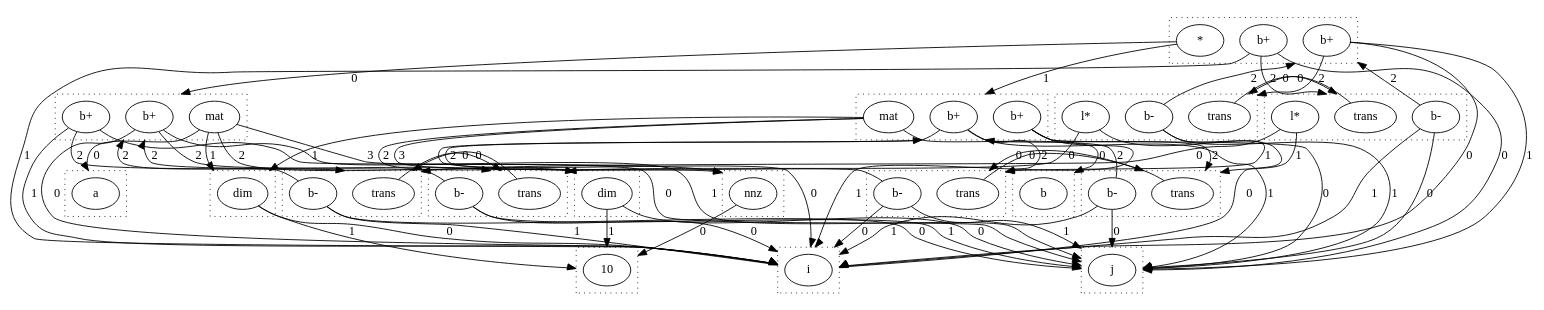
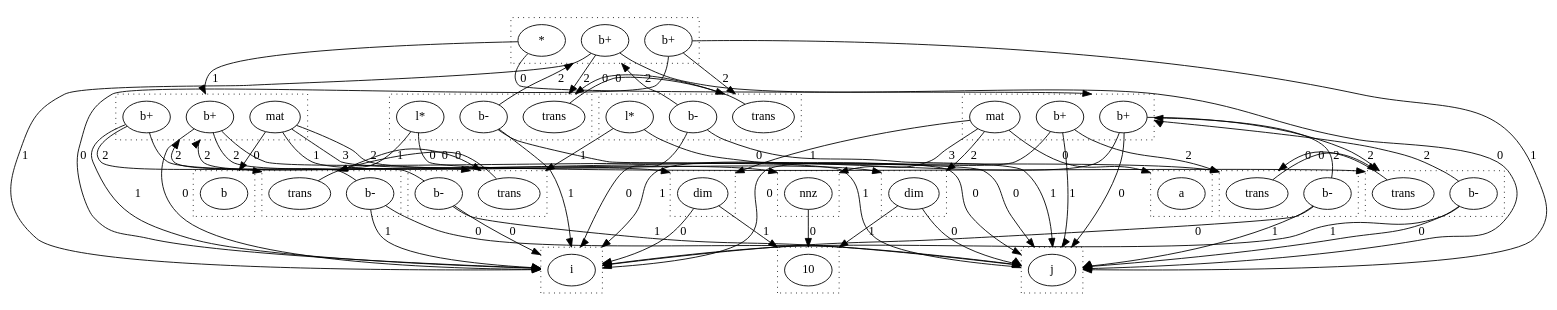
Before and after one commit to wormhole-optimization/warp: the diagram in dots/rabind.dot, drawn with Graphviz. The commit also changed 5 other files, not shown here.

```diff
--- a/dots/rabind.dot
+++ b/dots/rabind.dot
@@ -1,146 +1,146 @@
 digraph {
   compound=true
   subgraph cluster_0 {
     style=dotted
     0.0[label = "a"]
   }
   subgraph cluster_1 {
     style=dotted
     1.0[label = "i"]
   }
   subgraph cluster_2 {
     style=dotted
     2.0[label = "10"]
   }
   subgraph cluster_3 {
     style=dotted
     3.0[label = "dim"]
   }
   subgraph cluster_4 {
     style=dotted
     4.0[label = "j"]
   }
   subgraph cluster_5 {
     style=dotted
     5.0[label = "dim"]
   }
   subgraph cluster_6 {
     style=dotted
     6.0[label = "nnz"]
   }
   subgraph cluster_7 {
     style=dotted
     7.0[label = "b+"]
     7.1[label = "mat"]
     7.2[label = "b+"]
   }
   subgraph cluster_8 {
     style=dotted
     8.0[label = "b"]
   }
   subgraph cluster_9 {
     style=dotted
     9.0[label = "b+"]
     9.1[label = "mat"]
     9.2[label = "b+"]
   }
   subgraph cluster_10 {
     style=dotted
     10.0[label = "b+"]
     10.1[label = "*"]
     10.2[label = "b+"]
   }
   subgraph cluster_11 {
     style=dotted
     11.0[label = "trans"]
     11.1[label = "b-"]
   }
   subgraph cluster_13 {
     style=dotted
     13.0[label = "trans"]
     13.1[label = "b-"]
   }
   subgraph cluster_15 {
     style=dotted
     15.0[label = "trans"]
     15.1[label = "b-"]
   }
   subgraph cluster_17 {
     style=dotted
     17.0[label = "trans"]
     17.1[label = "b-"]
   }
   subgraph cluster_19 {
     style=dotted
     19.0[label = "trans"]
     19.1[label = "b-"]
     19.2[label = "l*"]
   }
   subgraph cluster_21 {
     style=dotted
     21.0[label = "trans"]
     21.1[label = "b-"]
     21.2[label = "l*"]
   }
   3.0 -> 1.0 [lhead = cluster_1, label = 0]
   3.0 -> 2.0 [lhead = cluster_2, label = 1]
   5.0 -> 4.0 [lhead = cluster_4, label = 0]
   5.0 -> 2.0 [lhead = cluster_2, label = 1]
   6.0 -> 2.0 [lhead = cluster_2, label = 0]
-  7.0 -> 1.0 [lhead = cluster_1, label = 0]
-  7.0 -> 4.0 [lhead = cluster_4, label = 1]
+  7.0 -> 4.0 [lhead = cluster_4, label = 0]
+  7.0 -> 1.0 [lhead = cluster_1, label = 1]
   7.0 -> 13.0 [lhead = cluster_13, label = 2]
   7.1 -> 0.0 [lhead = cluster_0, label = 0]
   7.1 -> 3.0 [lhead = cluster_3, label = 1]
   7.1 -> 5.0 [lhead = cluster_5, label = 2]
   7.1 -> 6.0 [lhead = cluster_6, label = 3]
-  7.2 -> 4.0 [lhead = cluster_4, label = 0]
-  7.2 -> 1.0 [lhead = cluster_1, label = 1]
+  7.2 -> 1.0 [lhead = cluster_1, label = 0]
+  7.2 -> 4.0 [lhead = cluster_4, label = 1]
   7.2 -> 11.0 [lhead = cluster_11, label = 2]
   9.0 -> 1.0 [lhead = cluster_1, label = 0]
   9.0 -> 4.0 [lhead = cluster_4, label = 1]
   9.0 -> 17.0 [lhead = cluster_17, label = 2]
   9.1 -> 8.0 [lhead = cluster_8, label = 0]
   9.1 -> 3.0 [lhead = cluster_3, label = 1]
   9.1 -> 5.0 [lhead = cluster_5, label = 2]
   9.1 -> 6.0 [lhead = cluster_6, label = 3]
   9.2 -> 4.0 [lhead = cluster_4, label = 0]
   9.2 -> 1.0 [lhead = cluster_1, label = 1]
   9.2 -> 15.0 [lhead = cluster_15, label = 2]
-  10.0 -> 1.0 [lhead = cluster_1, label = 0]
-  10.0 -> 4.0 [lhead = cluster_4, label = 1]
+  10.0 -> 4.0 [lhead = cluster_4, label = 0]
+  10.0 -> 1.0 [lhead = cluster_1, label = 1]
   10.0 -> 21.0 [lhead = cluster_21, label = 2]
   10.1 -> 7.0 [lhead = cluster_7, label = 0]
   10.1 -> 9.0 [lhead = cluster_9, label = 1]
-  10.2 -> 4.0 [lhead = cluster_4, label = 0]
-  10.2 -> 1.0 [lhead = cluster_1, label = 1]
+  10.2 -> 1.0 [lhead = cluster_1, label = 0]
+  10.2 -> 4.0 [lhead = cluster_4, label = 1]
   10.2 -> 19.0 [lhead = cluster_19, label = 2]
   11.0 -> 13.0 [lhead = cluster_13, label = 0]
-  11.1 -> 4.0 [lhead = cluster_4, label = 0]
-  11.1 -> 1.0 [lhead = cluster_1, label = 1]
+  11.1 -> 1.0 [lhead = cluster_1, label = 0]
+  11.1 -> 4.0 [lhead = cluster_4, label = 1]
   11.1 -> 7.0 [lhead = cluster_7, label = 2]
   13.0 -> 11.0 [lhead = cluster_11, label = 0]
-  13.1 -> 1.0 [lhead = cluster_1, label = 0]
-  13.1 -> 4.0 [lhead = cluster_4, label = 1]
+  13.1 -> 4.0 [lhead = cluster_4, label = 0]
+  13.1 -> 1.0 [lhead = cluster_1, label = 1]
   13.1 -> 7.0 [lhead = cluster_7, label = 2]
   15.0 -> 17.0 [lhead = cluster_17, label = 0]
   15.1 -> 4.0 [lhead = cluster_4, label = 0]
   15.1 -> 1.0 [lhead = cluster_1, label = 1]
   15.1 -> 9.0 [lhead = cluster_9, label = 2]
   17.0 -> 15.0 [lhead = cluster_15, label = 0]
   17.1 -> 1.0 [lhead = cluster_1, label = 0]
   17.1 -> 4.0 [lhead = cluster_4, label = 1]
   17.1 -> 9.0 [lhead = cluster_9, label = 2]
   19.0 -> 21.0 [lhead = cluster_21, label = 0]
-  19.1 -> 4.0 [lhead = cluster_4, label = 0]
-  19.1 -> 1.0 [lhead = cluster_1, label = 1]
+  19.1 -> 1.0 [lhead = cluster_1, label = 0]
+  19.1 -> 4.0 [lhead = cluster_4, label = 1]
   19.1 -> 10.0 [lhead = cluster_10, label = 2]
   19.2 -> 11.0 [lhead = cluster_11, label = 0]
-  19.2 -> 15.0 [lhead = cluster_15, label = 1]
+  19.2 -> 17.0 [lhead = cluster_17, label = 1]
   21.0 -> 19.0 [lhead = cluster_19, label = 0]
-  21.1 -> 1.0 [lhead = cluster_1, label = 0]
-  21.1 -> 4.0 [lhead = cluster_4, label = 1]
+  21.1 -> 4.0 [lhead = cluster_4, label = 0]
+  21.1 -> 1.0 [lhead = cluster_1, label = 1]
   21.1 -> 10.0 [lhead = cluster_10, label = 2]
   21.2 -> 13.0 [lhead = cluster_13, label = 0]
-  21.2 -> 17.0 [lhead = cluster_17, label = 1]
+  21.2 -> 15.0 [lhead = cluster_15, label = 1]
 }
```
